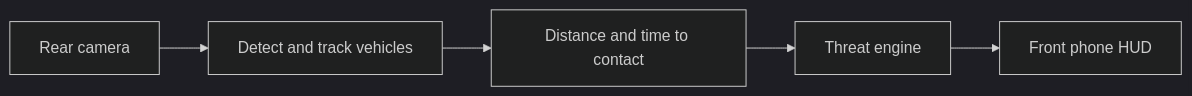
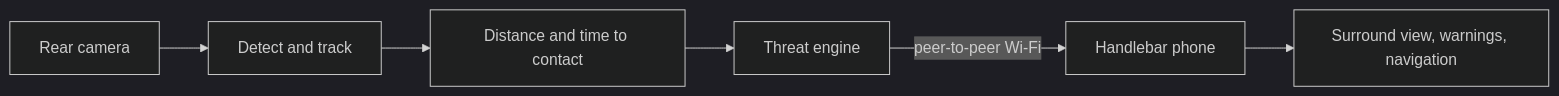
The diagram in README.md (mdadfarr/4sight), drawn with Mermaid (dark theme) before and after one commit. The commit also changed other lines of this file and 1 other file, not shown here.

First line of the commit message:
README in the FlowBoard style: icon, tagline, features, setup, usage

````diff
--- a/README.md
+++ b/README.md
@@ -23,7 +33,8 @@
 ```mermaid
 flowchart LR
-  A[Rear camera] --> B[Detect and track vehicles]
+  A[Rear camera] --> B[Detect and track]
   B --> C[Distance and time to contact]
   C --> D[Threat engine]
-  D --> F[Front phone HUD]
+  D -->|peer-to-peer Wi-Fi| E[Handlebar phone]
+  E --> F[Surround view, warnings, navigation]
 ```
````
